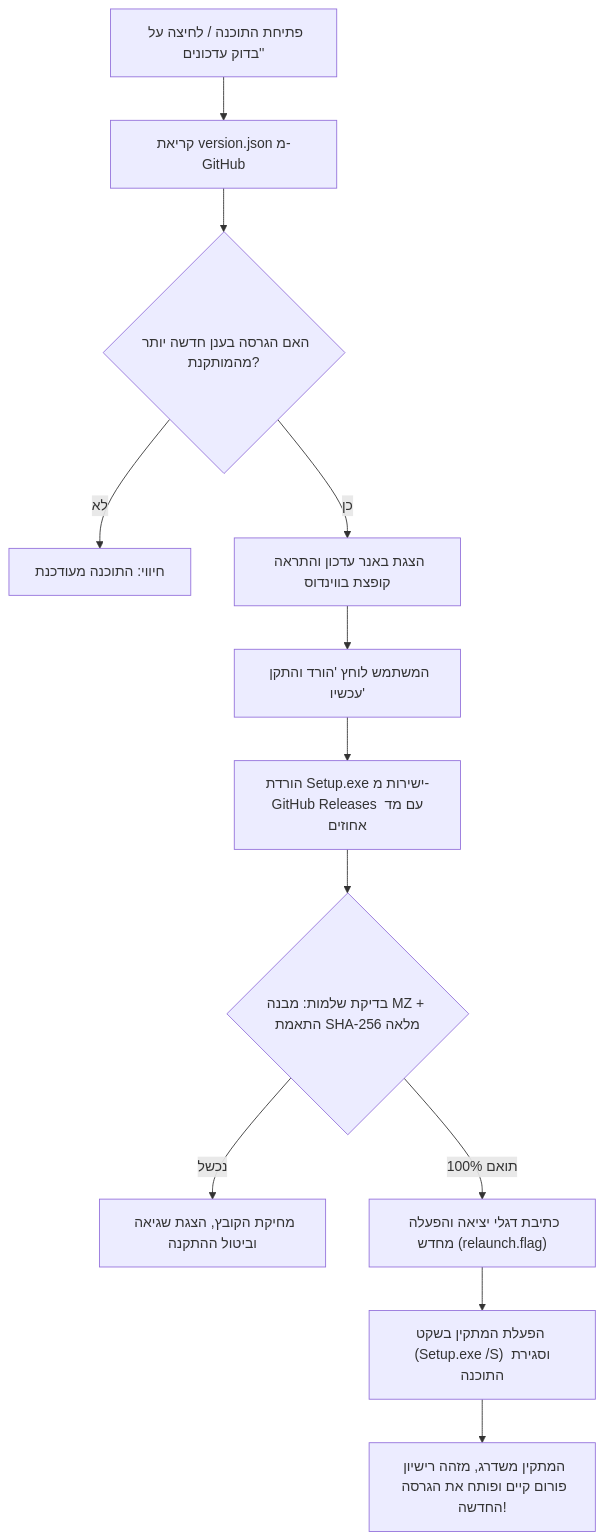
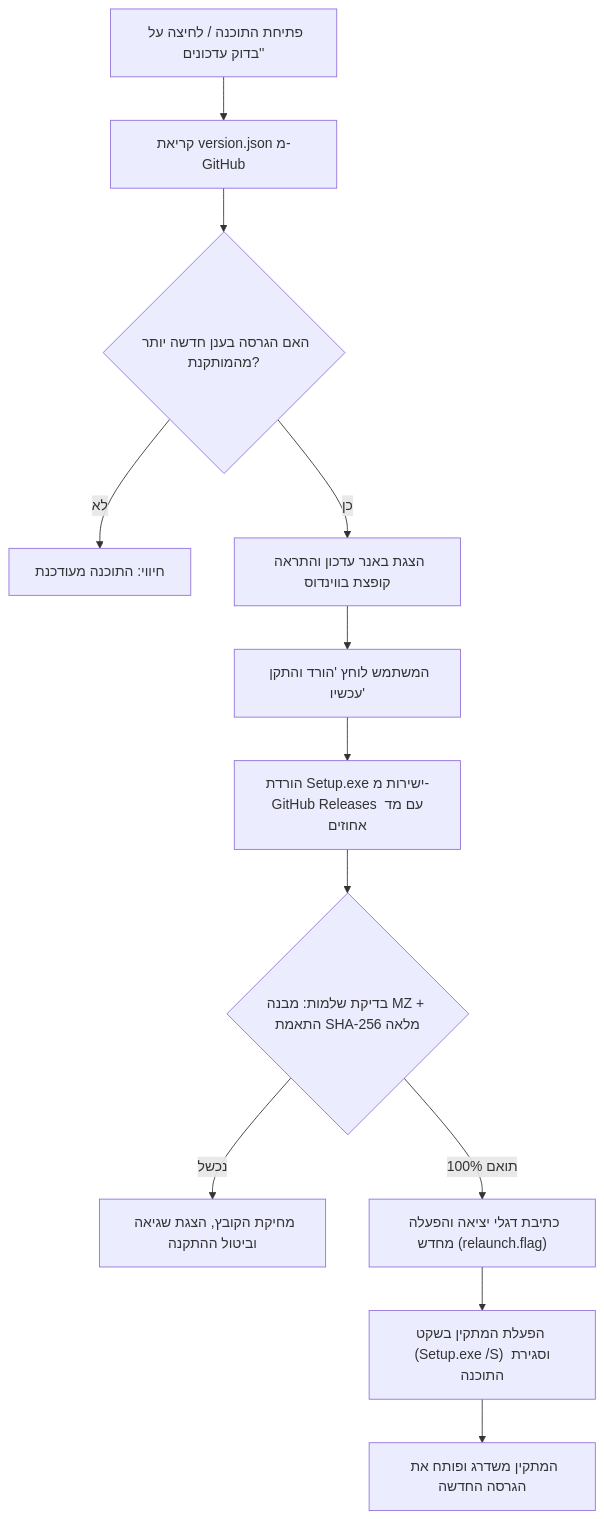
One commit to Lev-Good/Between-times changed the diagram in docs/UPDATES-AND-SECURITY.md. Above: the diagram before and after it, drawn with Mermaid. The commit also changed other lines of this file and 30 other files, not shown here.

````diff
--- a/docs/UPDATES-AND-SECURITY.md
+++ b/docs/UPDATES-AND-SECURITY.md
@@ -30,14 +29,14 @@
 ```mermaid
 flowchart TD
     A["פתיחת התוכנה / לחיצה על 'בדוק עדכונים'"] --> B["קריאת version.json מ-GitHub"]
     B --> C{"האם הגרסה בענן חדשה יותר מהמותקנת?"}
     C -- "לא" --> D["חיווי: התוכנה מעודכנת"]
     C -- "כן" --> E["הצגת באנר עדכון והתראה קופצת בווינדוס"]
     E --> F["המשתמש לוחץ 'הורד והתקן עכשיו'"]
     F --> G["הורדת Setup.exe ישירות מ-GitHub Releases עם מד אחוזים"]
     G --> H{"בדיקת שלמות: מבנה MZ + התאמת SHA-256 מלאה"}
     H -- "נכשל" --> I["מחיקת הקובץ, הצגת שגיאה וביטול ההתקנה"]
     H -- "תואם 100%" --> J["כתיבת דגלי יציאה והפעלה מחדש (relaunch.flag)"]
     J --> K["הפעלת המתקין בשקט (Setup.exe /S) וסגירת התוכנה"]
-    K --> L["המתקין משדרג, מזהה רישיון פורום קיים ופותח את הגרסה החדשה!"]
+    K --> L["המתקין משדרג ופותח את הגרסה החדשה"]
 ```
````
